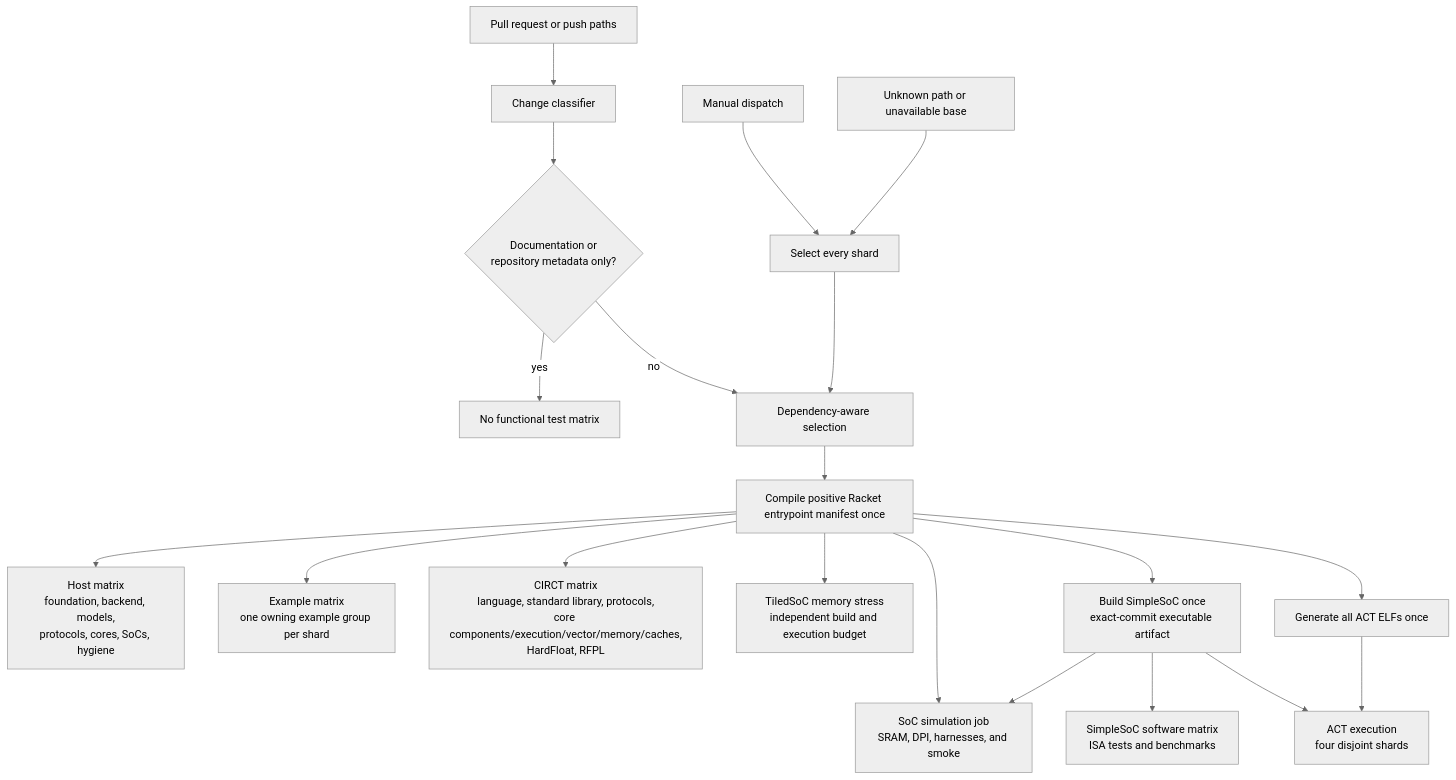
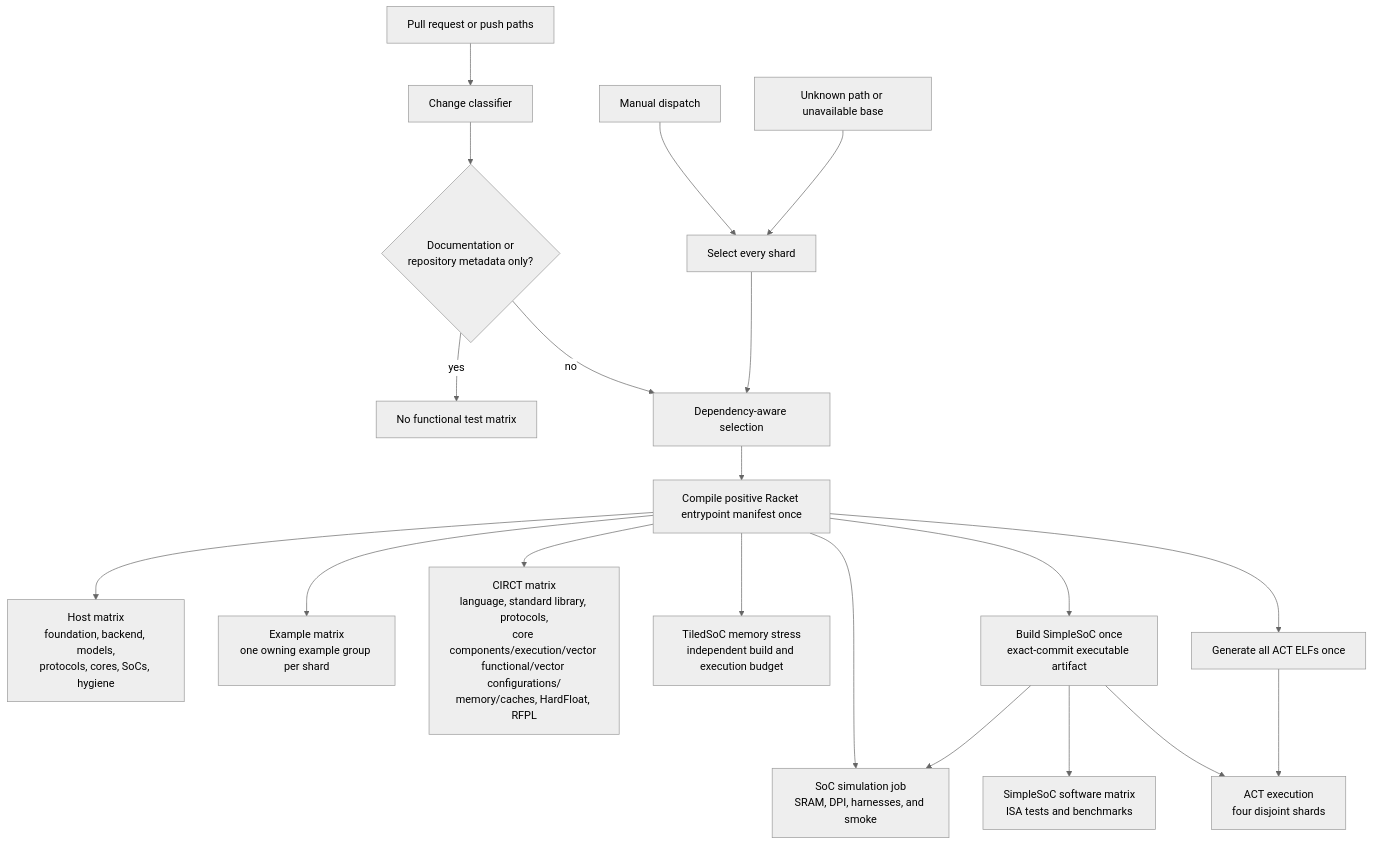
One commit to jerryz123/rhodium changed the diagram in tests/DEVELOPING.md. Above: the diagram before and after it, drawn with Mermaid (neutral theme). The commit also changed other lines of this file and 6 other files, not shown here.

````diff
--- a/tests/DEVELOPING.md
+++ b/tests/DEVELOPING.md
@@ -63,22 +63,22 @@
 ```mermaid
 flowchart TD
     Changes["Pull request or push paths"] --> Classifier["Change classifier"]
     Manual["Manual dispatch"] --> All["Select every shard"]
     Unknown["Unknown path or unavailable base"] --> All
     Classifier --> Docs{"Documentation or<br/>repository metadata only?"}
     Docs -->|yes| None["No functional test matrix"]
     Docs -->|no| Selected["Dependency-aware selection"]
     All --> Selected
     Selected --> Compile["Compile positive Racket entrypoint manifest once"]
     Compile --> Host["Host matrix<br/>foundation, backend, models,<br/>protocols, cores, SoCs, hygiene"]
     Compile --> Examples["Example matrix<br/>one owning example group per shard"]
-    Compile --> CIRCT["CIRCT matrix<br/>language, standard library, protocols,<br/>core components/execution/vector/memory/caches,<br/>HardFloat, RFPL"]
+    Compile --> CIRCT["CIRCT matrix<br/>language, standard library, protocols,<br/>core components/execution/vector functional/vector configurations/<br/>memory/caches, HardFloat, RFPL"]
     Compile --> Simulation["SoC simulation job<br/>SRAM, DPI, harnesses, and smoke"]
     Compile --> TiledMemory["TiledSoC memory stress<br/>independent build and execution budget"]
     Compile --> SimpleBuild["Build SimpleSoC once<br/>exact-commit executable artifact"]
     SimpleBuild --> Simulation
     SimpleBuild --> Programs["SimpleSoC software matrix<br/>ISA tests and benchmarks"]
     Compile --> ActBuild["Generate all ACT ELFs once"]
     SimpleBuild --> ActRun["ACT execution<br/>four disjoint shards"]
     ActBuild --> ActRun
 ```
````
